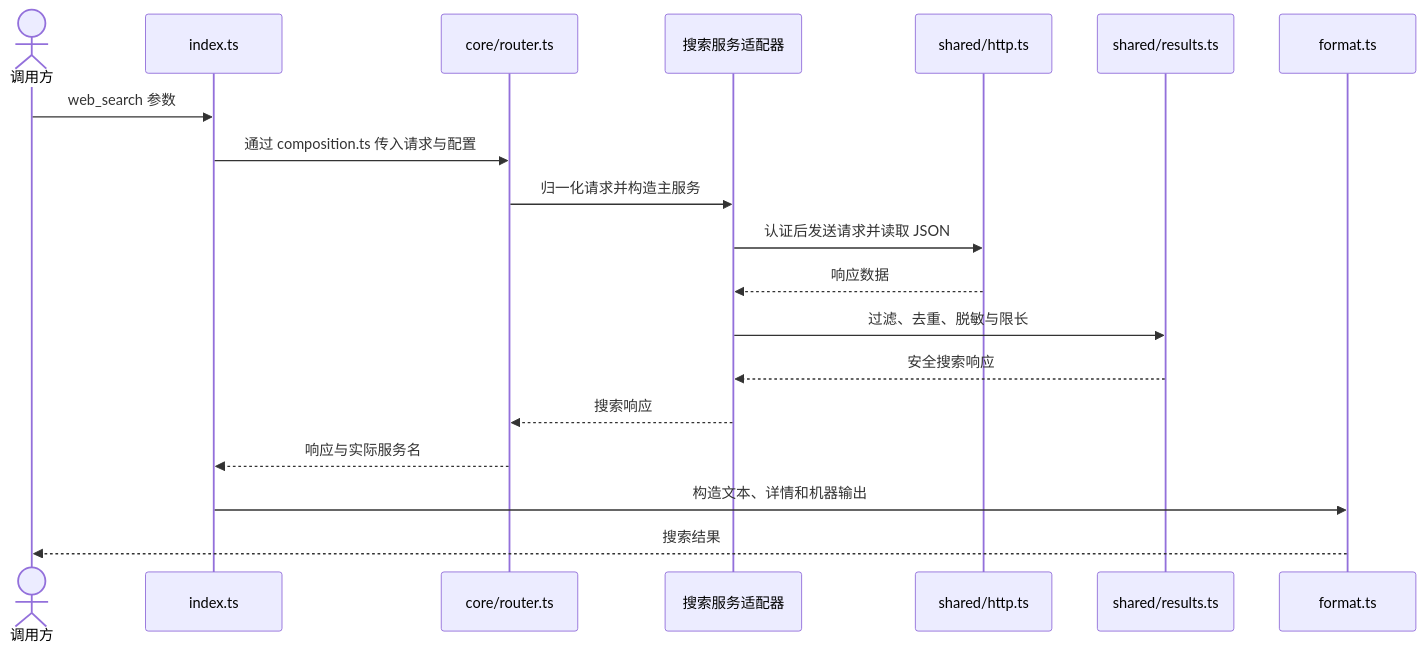
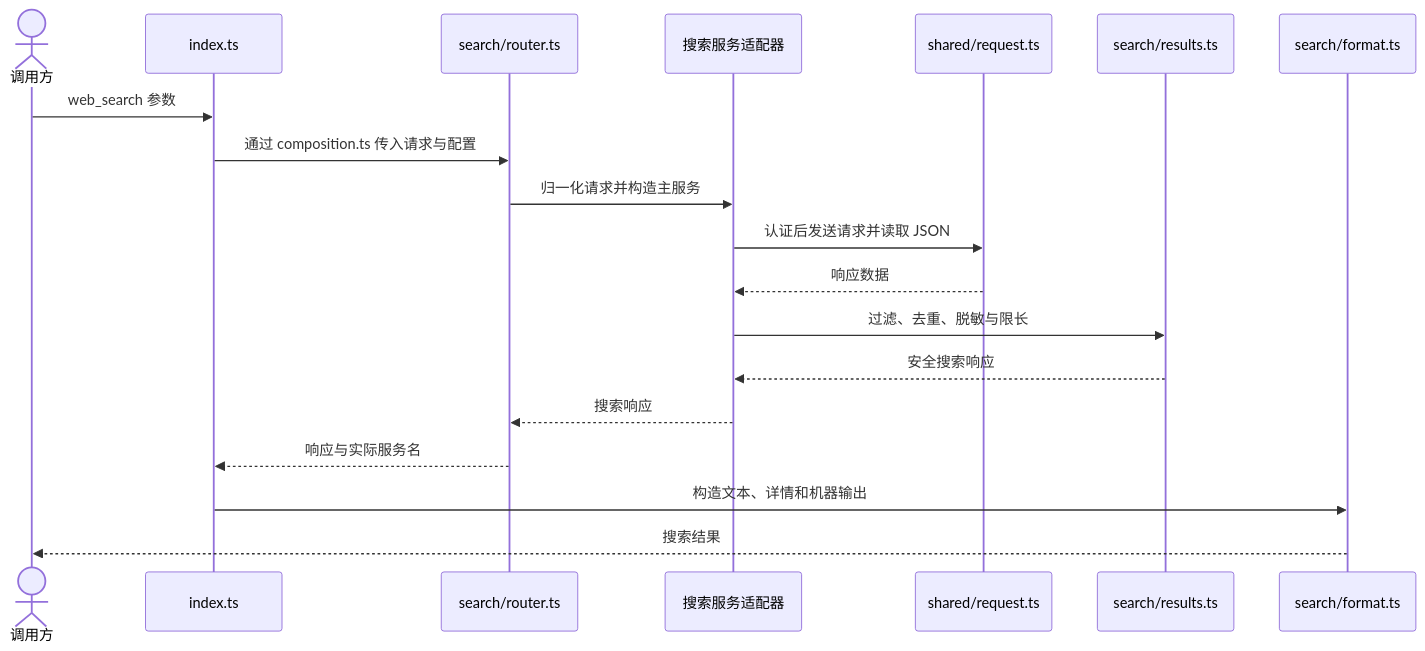
One commit to aqua2k1/pi-kits changed the second of 3 diagrams in extensions/pi-web-kits/docs/architecture.md. Above: the diagram before and after it, drawn with Mermaid. The commit also changed other lines of this file and 45 other files, not shown here.

Commit message:
refactor(web-kits): unify HTTP requests and organize search modules

````diff
--- a/extensions/pi-web-kits/docs/architecture.md
+++ b/extensions/pi-web-kits/docs/architecture.md
@@ -47,21 +51,21 @@
 ```mermaid
 sequenceDiagram
   actor caller as 调用方
   participant entry as index.ts
-  participant router as core/router.ts
+  participant router as search/router.ts
   participant provider as 搜索服务适配器
-  participant transport as shared/http.ts
-  participant results as shared/results.ts
-  participant output as format.ts
+  participant transport as shared/request.ts
+  participant results as search/results.ts
+  participant output as search/format.ts
   caller->>entry: web_search 参数
   entry->>router: 通过 composition.ts 传入请求与配置
   router->>provider: 归一化请求并构造主服务
   provider->>transport: 认证后发送请求并读取 JSON
   transport-->>provider: 响应数据
   provider->>results: 过滤、去重、脱敏与限长
   results-->>provider: 安全搜索响应
   provider-->>router: 搜索响应
   router-->>entry: 响应与实际服务名
   entry->>output: 构造文本、详情和机器输出
   output-->>caller: 搜索结果
 ```
````
